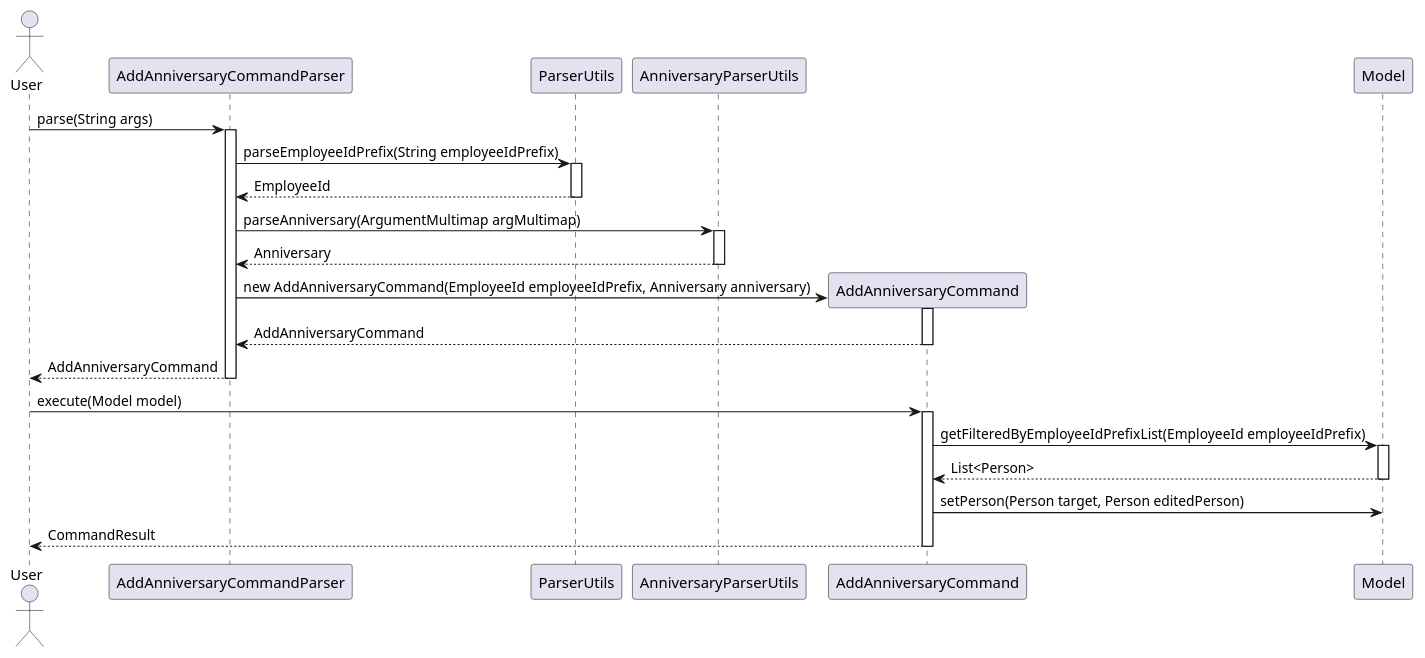
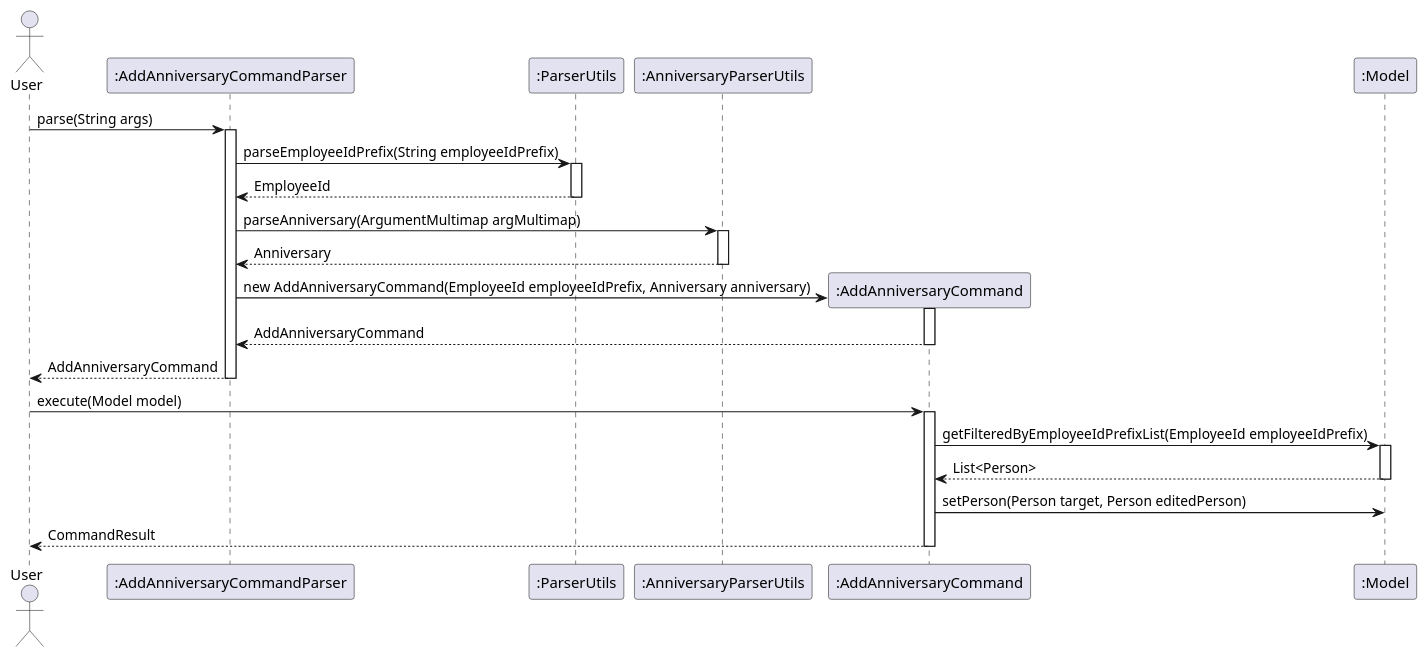
One commit to kimseunghyun-kr/tp changed the diagram in docs/diagrams/AddAnniversaryCommandSequenceDiagram.puml. Above: the diagram before and after it, drawn with PlantUML. The commit also changed 2 other files, not shown here.

```diff
--- a/docs/diagrams/AddAnniversaryCommandSequenceDiagram.puml
+++ b/docs/diagrams/AddAnniversaryCommandSequenceDiagram.puml
@@ -1,36 +1,36 @@
 @startuml
 actor User as U
-participant AddAnniversaryCommandParser as AACP
-participant ParserUtils as PU
-participant AnniversaryParserUtils as APU
-participant AddAnniversaryCommand as AAC
-participant Model as M
+participant ":AddAnniversaryCommandParser" as AACP
+participant ":ParserUtils" as PU
+participant ":AnniversaryParserUtils" as APU
+participant ":AddAnniversaryCommand" as AAC
+participant ":Model" as M
 
 
 U -> AACP: parse(String args)
 activate AACP
 AACP -> PU : parseEmployeeIdPrefix(String employeeIdPrefix)
 activate PU
 PU --> AACP: EmployeeId
 deactivate PU
 AACP -> APU: parseAnniversary(ArgumentMultimap argMultimap)
 activate APU
 APU --> AACP: Anniversary
 deactivate APU
 create AAC
 AACP -> AAC : new AddAnniversaryCommand(EmployeeId employeeIdPrefix, Anniversary anniversary)
 Activate AAC
 return AddAnniversaryCommand
 AACP --> U : AddAnniversaryCommand
 deactivate AACP
 
 U -> AAC: execute(Model model)
 activate AAC
 AAC -> M : getFilteredByEmployeeIdPrefixList(EmployeeId employeeIdPrefix)
 activate M
 M --> AAC : List<Person>
 deactivate M
 AAC -> M : setPerson(Person target, Person editedPerson)
 return CommandResult
 
 @enduml
```
